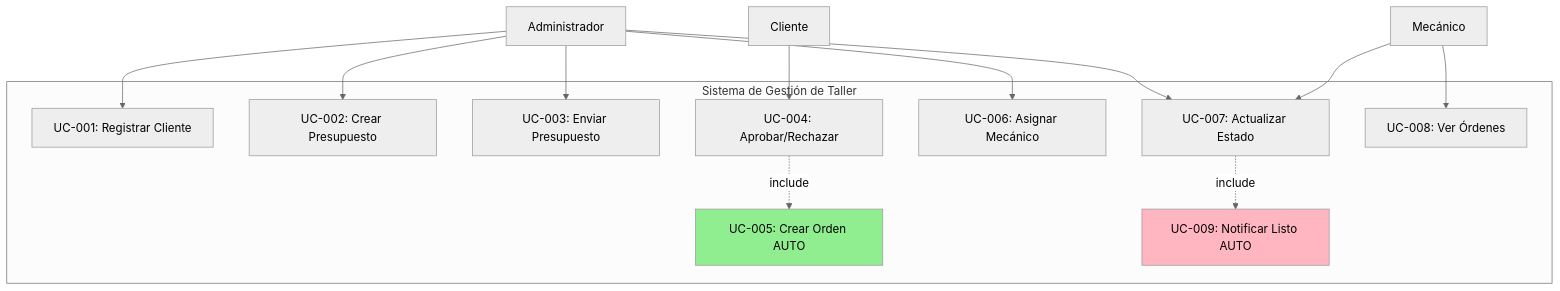
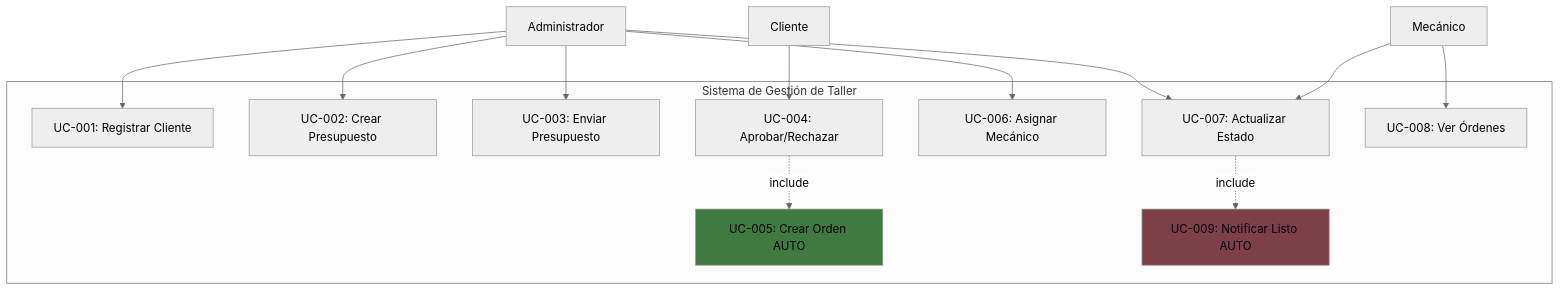
Before and after one commit to Marcos0o0/testttttt: the first of 4 diagrams in test3.md, drawn with Mermaid (neutral theme).

Commit message:
Change styles for UC5 and UC9
Updated styles for UC5 and UC9 in test3.md.

````diff
--- a/test3.md
+++ b/test3.md
@@ -23,31 +23,31 @@
 ```mermaid
 graph TB
     subgraph Sistema["Sistema de Gestión de Taller"]
         UC1[UC-001: Registrar Cliente]
         UC2[UC-002: Crear Presupuesto]
         UC3[UC-003: Enviar Presupuesto]
         UC4[UC-004: Aprobar/Rechazar]
         UC5[UC-005: Crear Orden AUTO]
         UC6[UC-006: Asignar Mecánico]
         UC7[UC-007: Actualizar Estado]
         UC8[UC-008: Ver Órdenes]
         UC9[UC-009: Notificar Listo AUTO]
     end
     
     Admin[Administrador] --> UC1
     Admin --> UC2
     Admin --> UC3
     Admin --> UC6
     Admin --> UC7
     
     Cliente[Cliente] --> UC4
     
     Mech[Mecánico] --> UC8
     Mech --> UC7
     
     UC4 -.->|include| UC5
     UC7 -.->|include| UC9
     
-    style UC5 fill:#90EE90
-    style UC9 fill:#FFB6C1
+    style UC5 fill:#407a40
+    style UC9 fill:#7d4049
 ```
````
